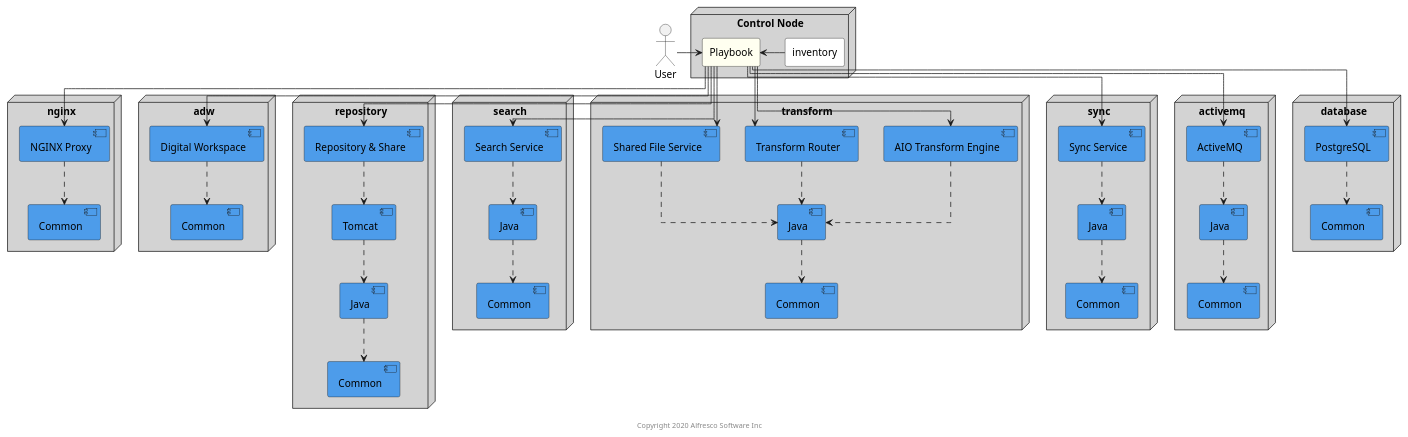
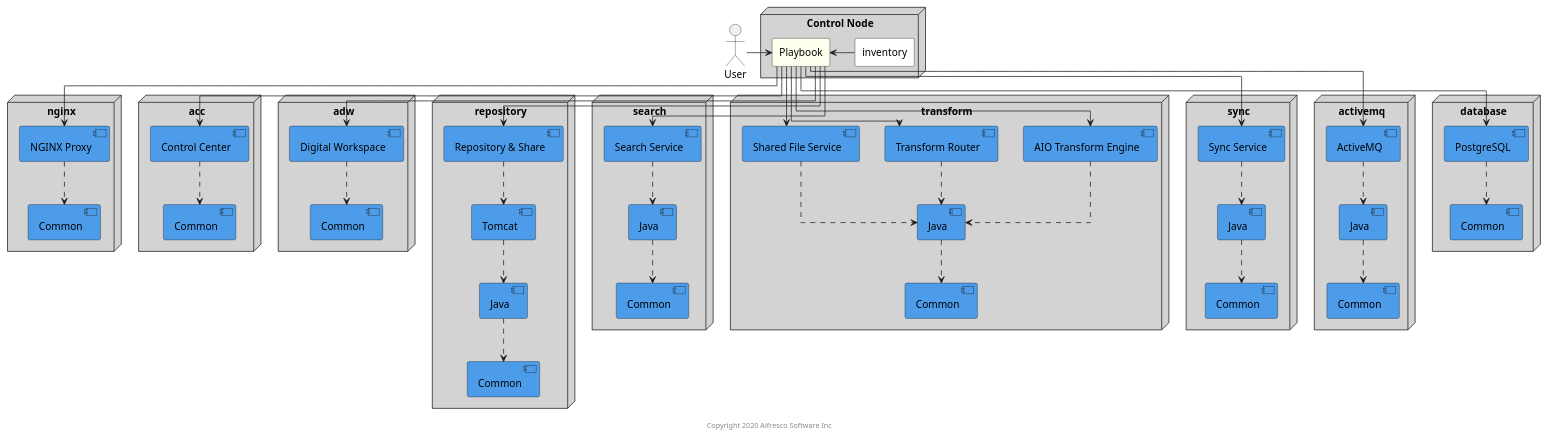
Before and after one commit to Alfresco/alfresco-ansible-deployment: the diagram in docs/resources/acs-multi-machine.puml, drawn with PlantUML. The commit also changed 3 other files, not shown here.

Commit message:
Add Alfresco Control Center in resources puml

```diff
--- a/docs/resources/acs-multi-machine.puml
+++ b/docs/resources/acs-multi-machine.puml
@@ -1,96 +1,103 @@
 @startuml acs-multi-machine
 
 skinparam componentStyle uml2
 skinparam linetype ortho
 
 actor User
 
 node "Control Node" as "control" #LightGrey {
     rectangle "Playbook" as playbook #Ivory
 
     rectangle "inventory" #White
 }
 
 node "nginx" as nginxnode #lightgrey {
     component "NGINX Proxy" as proxy #4d9cea
     component "Common" as nginxcommon #4d9cea
+}
+
+node "acc" as accnode #lightgrey {
+    component "Control Center" as acc #4d9cea
+    component "Common" as acccommon #4d9cea
 }
 
 node "adw" as adwnode #lightgrey {
     component "Digital Workspace" as adw #4d9cea
     component "Common" as adwcommon #4d9cea
 }
 
 node "repository" as reponode #lightgrey {
     component "Repository & Share" as repo #4d9cea
     component "Tomcat" as tomcat  #4d9cea
     component "Java" as repojava #4d9cea
     component "Common" as repocommon #4d9cea
 }
 
 node "search" as searchnode #lightgrey {
     component "Search Service" as search #4d9cea
     component "Java" as searchjava #4d9cea
     component "Common" as searchcommon #4d9cea
 }
 
 node "transform" as transformnode #lightgrey {
     component "AIO Transform Engine" as tengine #4d9cea
     component "Transform Router" as trouter #4d9cea
     component "Shared File Service" as sfs #4d9cea
     component "Java" as transformjava #4d9cea
     component "Common" as transformcommon #4d9cea
 }
 
 node "sync" as syncnode #lightgrey {
     component "Sync Service" as sync #4d9cea
     component "Java" as syncjava #4d9cea
     component "Common" as synccommon #4d9cea
 }
 
 node "activemq" as amqnode #lightgrey {
     component "ActiveMQ" as amq #4d9cea
     component "Java" as amqjava #4d9cea
     component "Common" as amqcommon #4d9cea
 }
 
 node "database" as dbnode #lightgrey {
     component "PostgreSQL" as psql #4d9cea
     component "Common" as dbcommon #4d9cea
 }
 
 User -> playbook
 playbook <- inventory
 
 playbook -down-> psql
 playbook -down-> amq
 playbook -down-> tengine
 playbook -down-> search
 playbook -down-> repo
 playbook -down-> trouter
 playbook -down-> sfs
 playbook -down-> sync
 playbook -down-> proxy
+playbook -down-> acc
 playbook -down-> adw
 
 amq .down.> amqjava
+acc .down.> acccommon
 adw .down.> adwcommon
 proxy .down.> nginxcommon
 psql .down.> dbcommon
 repo .down.> tomcat
 search .down.> searchjava
 sfs .down.> transformjava
 sync .down.> syncjava
 tomcat .down.> repojava
 tengine .down.> transformjava
 trouter .down.> transformjava
 
 amqjava .down.> amqcommon
 searchjava .down.> searchcommon
 transformjava .down.> transformcommon
 syncjava .down.> synccommon
 repojava .down.> repocommon
 
 center footer Copyright 2020 Alfresco Software Inc
 
 @enduml
```
